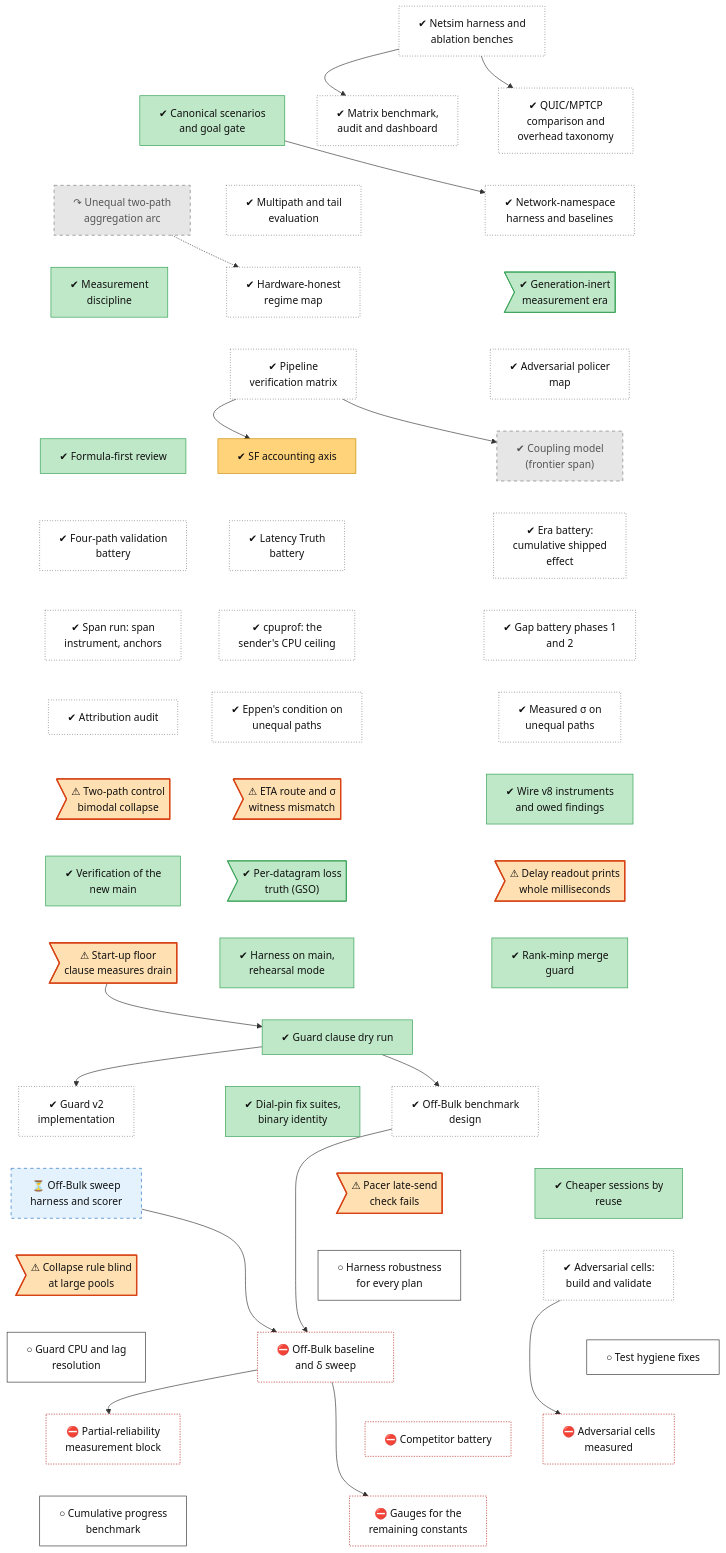
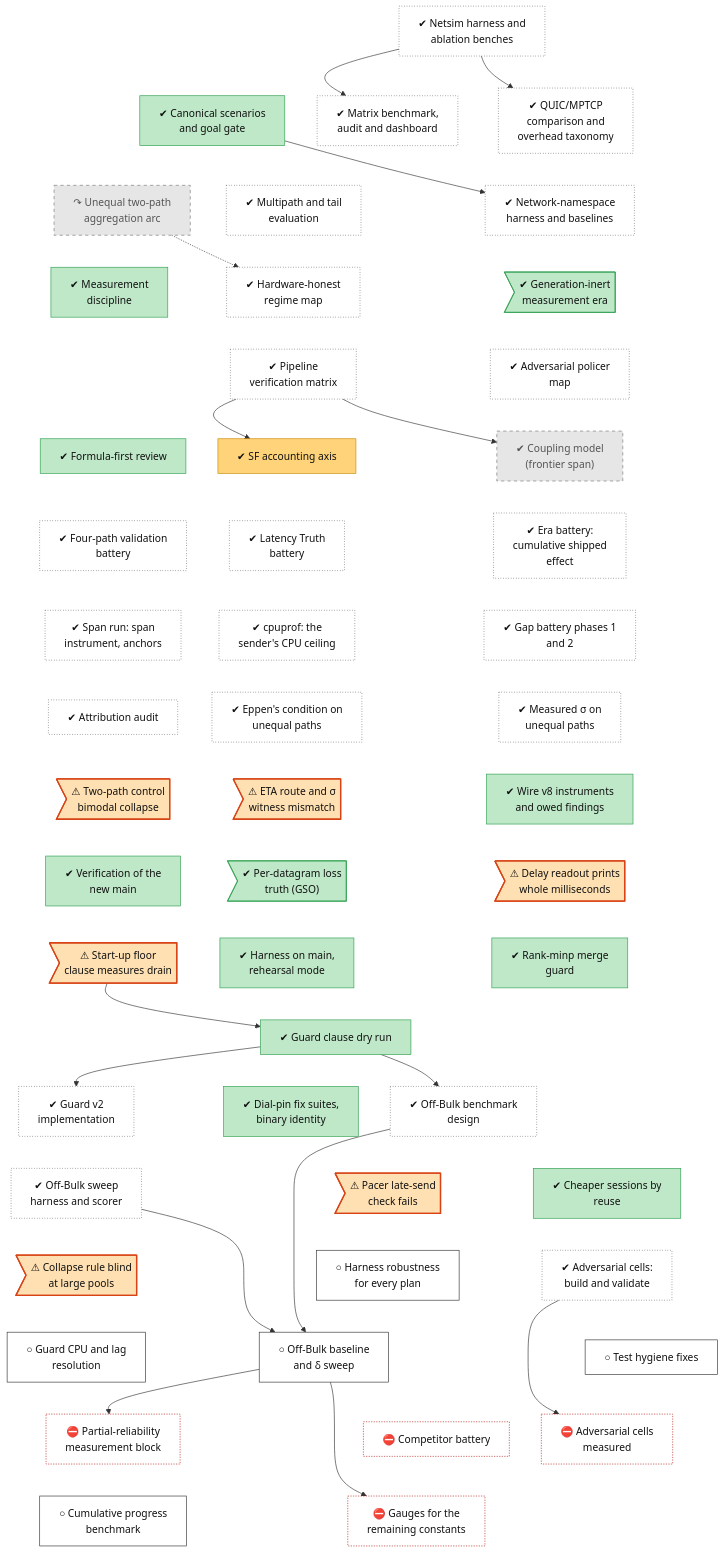
The diagram in docs/roadmap/tracks/meas.md (lhns/raptorpath), drawn with Mermaid before and after one commit. The commit also changed other lines of this file and 6 other files, not shown here.

````diff
--- a/docs/roadmap/tracks/meas.md
+++ b/docs/roadmap/tracks/meas.md
@@ -46,7 +46,7 @@
     meas_guard_v2_impl["✔ Guard v2<br/>implementation"]
     meas_s51_design["✔ Off-Bulk benchmark<br/>design"]
     meas_s58_session["✔ Dial-pin fix suites,<br/>binary identity"]
-    meas_s51_harness["⏳ Off-Bulk sweep<br/>harness and scorer"]
+    meas_s51_harness["✔ Off-Bulk sweep<br/>harness and scorer"]
     meas_harness_reuse["✔ Cheaper sessions by<br/>reuse"]
     meas_blocke_pacing_gate>"⚠ Pacer late-send<br/>check fails"]
     meas_defect_cr61_large_pool>"⚠ Collapse rule blind<br/>at large pools"]
@@ -54,7 +54,7 @@
     meas_harness_robustness["○ Harness robustness<br/>for every plan"]
     meas_guard_resolution["○ Guard CPU and lag<br/>resolution"]
     meas_test_hygiene["○ Test hygiene fixes"]
-    meas_s51_session["⛔ Off-Bulk baseline<br/>and δ sweep"]
+    meas_s51_session["○ Off-Bulk baseline<br/>and δ sweep"]
     meas_s51b_rho["⛔ Partial-reliability<br/>measurement block"]
     meas_adversarial_cells_run["⛔ Adversarial cells<br/>measured"]
     meas_competitor_battery["⛔ Competitor battery"]
@@ -141,12 +141,11 @@
     classDef userdec fill:#d9c2f0,stroke:#7b3fb5,color:#111
     classDef defect fill:#ffe0b2,stroke:#d84315,stroke-width:2px,color:#111
     classDef waiting fill:#e3f2fd,stroke:#1f6fc5,stroke-dasharray:5 5,color:#111
-    class meas_l0_sim_bench,meas_transport_comparison,meas_matrix_bench,meas_l1_harness,meas_l2_multipath,meas_regime_map,meas_adversarial_b1,meas_pipeline_verification,meas_goal_0819,meas_latency_truth,meas_c9_battery,meas_gap_phases,meas_cpuprof,meas_span_run,meas_sigma_c8,meas_eppen_c8,meas_attribution_audit,meas_guard_v2_impl,meas_s51_design,meas_adversarial_cells_build unrated
+    class meas_l0_sim_bench,meas_transport_comparison,meas_matrix_bench,meas_l1_harness,meas_l2_multipath,meas_regime_map,meas_adversarial_b1,meas_pipeline_verification,meas_goal_0819,meas_latency_truth,meas_c9_battery,meas_gap_phases,meas_cpuprof,meas_span_run,meas_sigma_c8,meas_eppen_c8,meas_attribution_audit,meas_guard_v2_impl,meas_s51_design,meas_s51_harness,meas_adversarial_cells_build unrated
     class meas_adr51_scenarios,meas_gen_inert_era,meas_adr52_discipline,meas_formula_first,meas_wire_v8,meas_gso_truth,meas_v4_verification,meas_guard_41c,meas_harness_consolidation,meas_guard_clause_dry,meas_s58_session,meas_harness_reuse succ
     class meas_c8_aggregation_arc,meas_coupling_model dead
     class meas_sf_accounting mixed
     class meas_defect_eta_witness,meas_defect_c8_bimodal,meas_defect_diag_rtp_ms,meas_defect_rtp_floor,meas_blocke_pacing_gate,meas_defect_cr61_large_pool defect
-    class meas_s51_harness waiting
-    class meas_harness_robustness,meas_guard_resolution,meas_test_hygiene,meas_progress_baseline next
-    class meas_s51_session,meas_s51b_rho,meas_adversarial_cells_run,meas_competitor_battery,meas_fix_gauges_p3 blocked
+    class meas_harness_robustness,meas_guard_resolution,meas_test_hygiene,meas_s51_session,meas_progress_baseline next
+    class meas_s51b_rho,meas_adversarial_cells_run,meas_competitor_battery,meas_fix_gauges_p3 blocked
 ```
````
